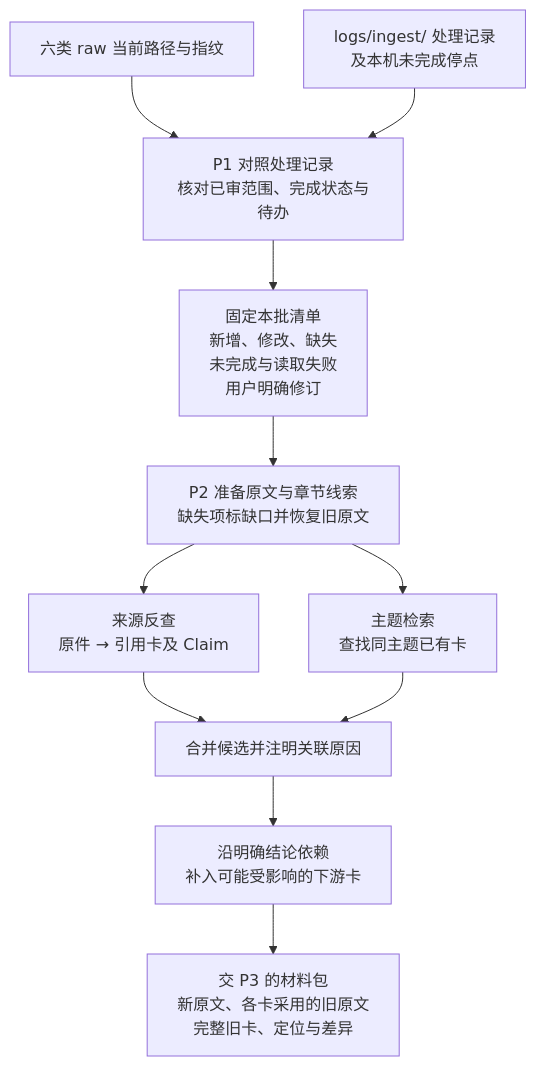
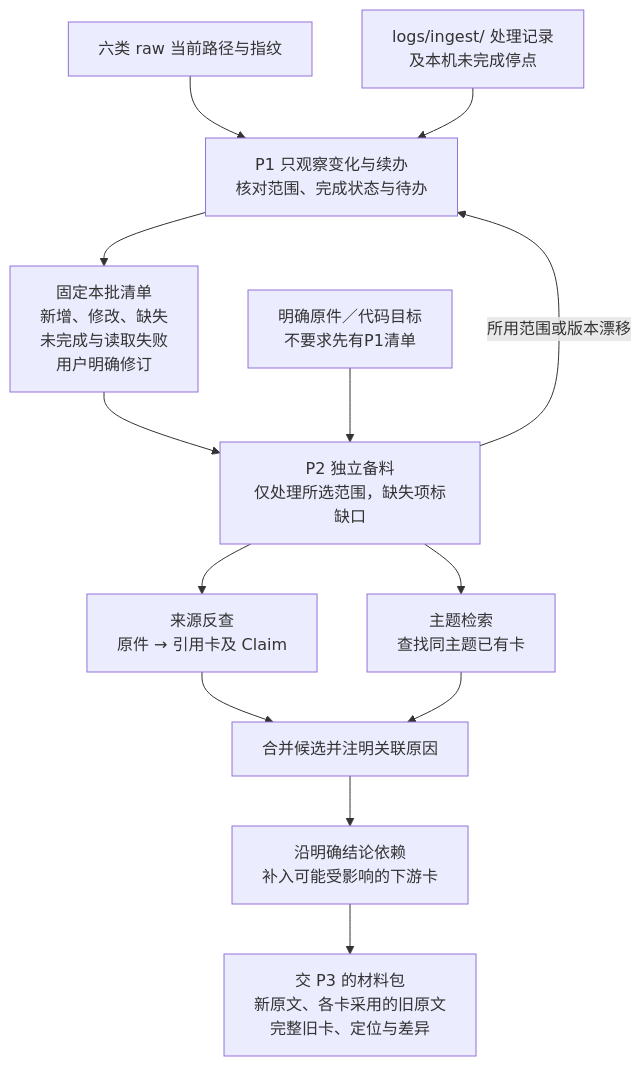
One commit to Robin-hhc/FactumCore changed diagram 13 of 27 in himate-knowledge-wifi-mp/docs-llm-wiki/知识库详细设计.md. Above: the diagram before and after it, drawn with Mermaid. The commit also changed other lines of this file and 5 other files, not shown here.

````diff
--- a/himate-knowledge-wifi-mp/docs-llm-wiki/知识库详细设计.md
+++ b/himate-knowledge-wifi-mp/docs-llm-wiki/知识库详细设计.md
@@ -453,13 +469,15 @@
 ```mermaid
 flowchart TD
-    RAW["六类 raw 当前路径与指纹"] --> SCAN["P1 对照处理记录<br/>核对已审范围、完成状态与待办"]
+    RAW["六类 raw 当前路径与指纹"] --> SCAN["P1 只观察变化与续办<br/>核对范围、完成状态与待办"]
     RECORD["logs/ingest/ 处理记录<br/>及本机未完成停点"] --> SCAN
     SCAN --> LIST["固定本批清单<br/>新增、修改、缺失<br/>未完成与读取失败<br/>用户明确修订"]
-    LIST --> CAPTURE["P2 准备原文与章节线索<br/>缺失项标缺口并恢复旧原文"]
+    LIST --> CAPTURE["P2 独立备料<br/>仅处理所选范围，缺失项标缺口"]
+    TARGET["明确原件／代码目标<br/>不要求先有P1清单"] --> CAPTURE
+    CAPTURE -->|所用范围或版本漂移| SCAN
     CAPTURE --> REF["来源反查<br/>原件 → 引用卡及 Claim"]
     CAPTURE --> SEARCH["主题检索<br/>查找同主题已有卡"]
     REF --> POOL["合并候选并注明关联原因"]
     SEARCH --> POOL
     POOL --> DEP["沿明确结论依赖<br/>补入可能受影响的下游卡"]
     DEP --> MAT["交 P3 的材料包<br/>新原文、各卡采用的旧原文<br/>完整旧卡、定位与差异"]
 ```
````
